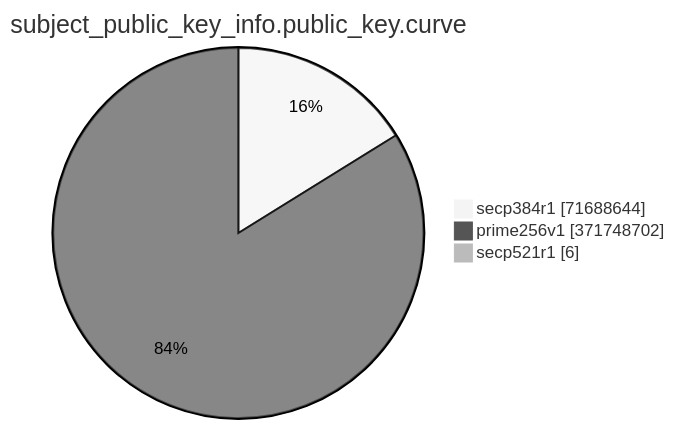
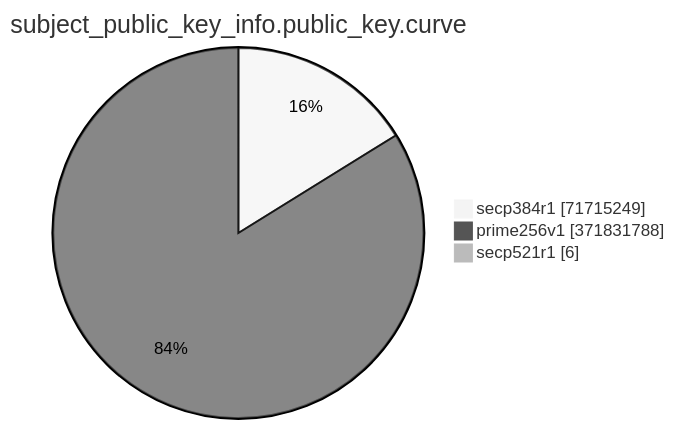
The eighth of 15 diagrams in TOTAL/README.md (christiankrug/ctmonitor_visualization), drawn with Mermaid (neutral theme) before and after one commit. The commit also changed other lines of this file, not shown here.

````diff
--- a/TOTAL/README.md
+++ b/TOTAL/README.md
@@ -3094,7 +3094,7 @@
 ```mermaid
 pie showData
 title subject_public_key_info.public_key.curve
-"secp384r1" :71688644
-"prime256v1" :371748702
+"secp384r1" :71715249
+"prime256v1" :371831788
 "secp521r1" :6
 ```
````
